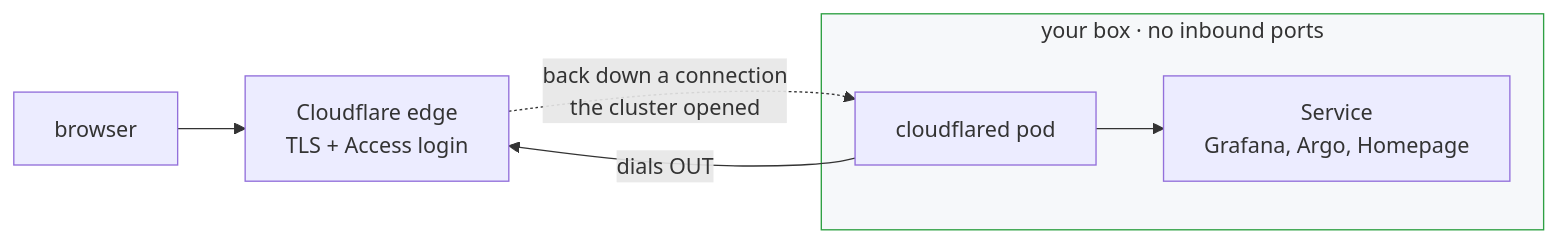
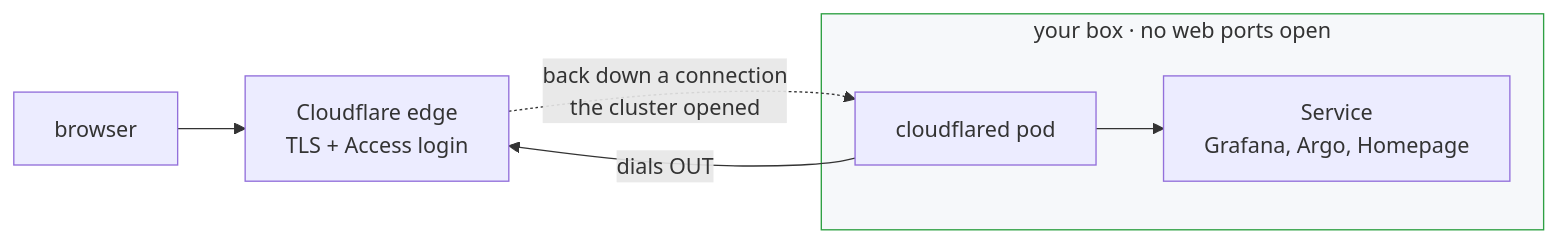
One commit to adirbd/oci-k3s-starter changed the diagram in docs/rung-2-real-urls.md. Above: the diagram before and after it, drawn with Mermaid. The commit also changed other lines of this file and 2 other files, not shown here.

First line of the commit message:
docs: "no inbound ports" was not true — SSH is open

````diff
--- a/docs/rung-2-real-urls.md
+++ b/docs/rung-2-real-urls.md
@@ -106,10 +106,10 @@
 ```mermaid
 flowchart LR
     B["browser"] --> CF["Cloudflare edge<br/>TLS + Access login"]
     CF -. "back down a connection<br/>the cluster opened" .-> CFD
-    subgraph BOX["your box · no inbound ports"]
+    subgraph BOX["your box · no web ports open"]
         CFD["cloudflared pod"] --> S["Service<br/>Grafana, Argo, Homepage"]
     end
     CFD -- "dials OUT" --> CF
     style BOX fill:#f6f8fa,stroke:#2ea043
 ```
````
